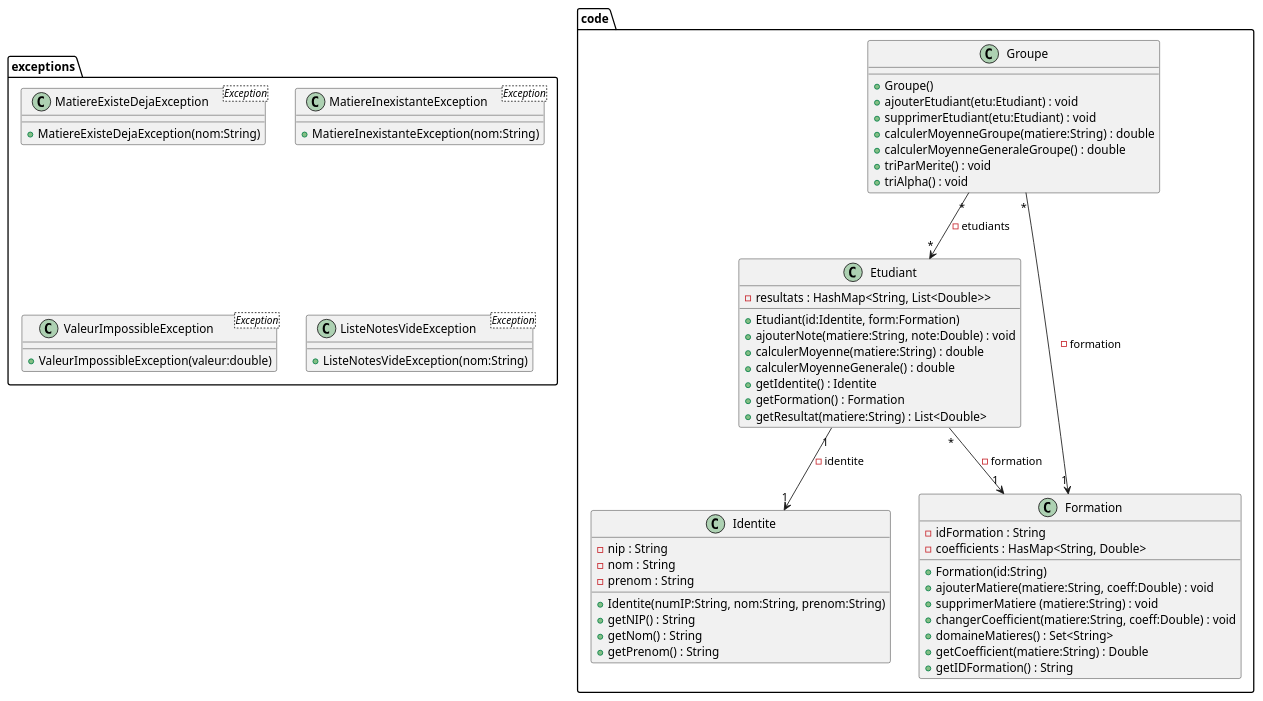
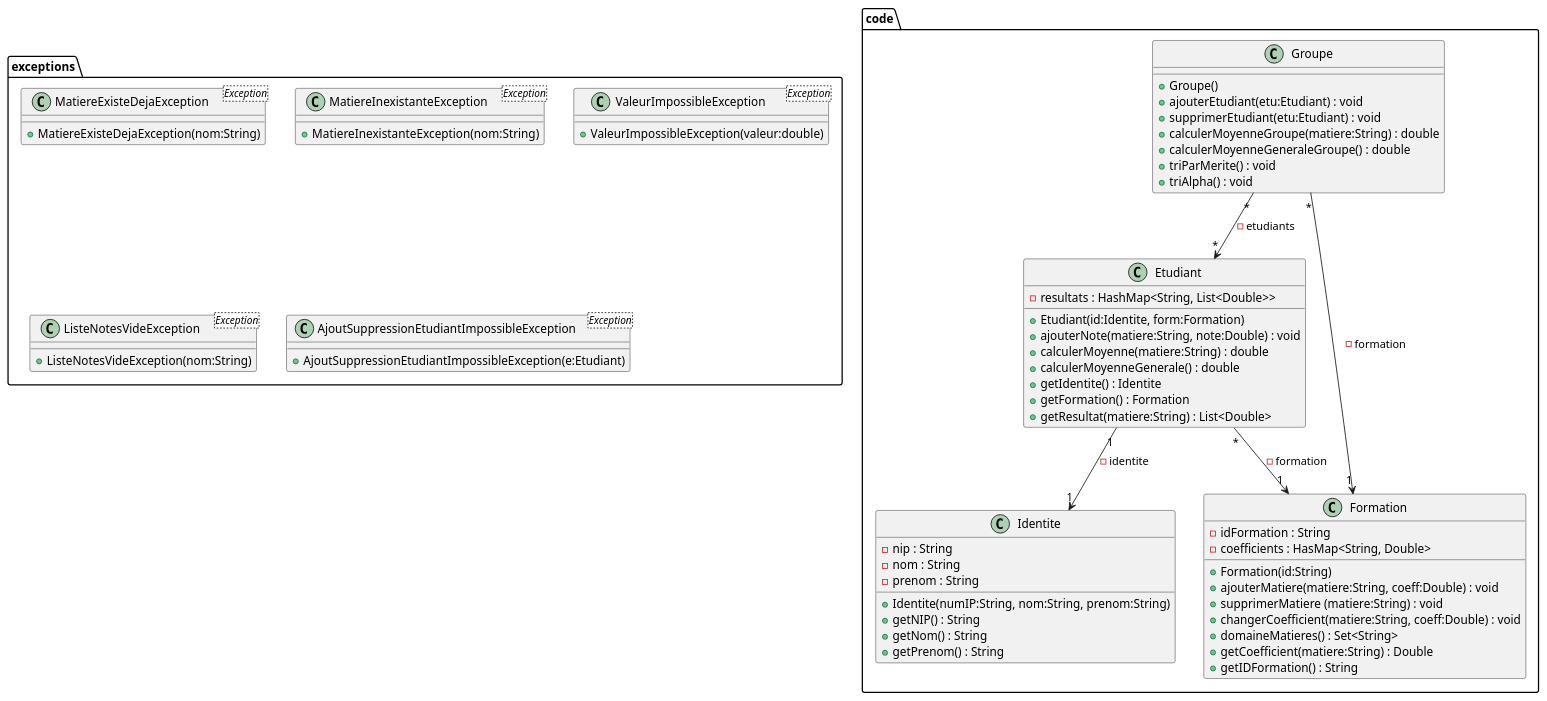
Before and after one commit to Nimarcs/Exercice3-TravailDeConception-CPOA-WEISS-RICHIER: the diagram in DiagUML.puml, drawn with PlantUML.

Commit message:
modification puml pour ajout de la derniere exception ajoutee

```diff
--- a/DiagUML.puml
+++ b/DiagUML.puml
@@ -1,67 +1,70 @@
 @startuml
 
 package exceptions {
     class MatiereExisteDejaException <Exception> {
         + MatiereExisteDejaException(nom:String)
     }
     class MatiereInexistanteException <Exception> {
         + MatiereInexistanteException(nom:String)
     }
     class ValeurImpossibleException <Exception> {
         + ValeurImpossibleException(valeur:double)
     }
     class ListeNotesVideException <Exception> {
         + ListeNotesVideException(nom:String)
     }
+    class AjoutSuppressionEtudiantImpossibleException <Exception> {
+        + AjoutSuppressionEtudiantImpossibleException(e:Etudiant)
+    }
 
 }
 
 package code {
 
-class Groupe {
-    + Groupe()
-    + ajouterEtudiant(etu:Etudiant) : void
-    + supprimerEtudiant(etu:Etudiant) : void
-    + calculerMoyenneGroupe(matiere:String) : double
-    + calculerMoyenneGeneraleGroupe() : double
-    + triParMerite() : void
-    + triAlpha() : void
-}
-class Etudiant {
-    - resultats : HashMap<String, List<Double>>
-    + Etudiant(id:Identite, form:Formation)
-    + ajouterNote(matiere:String, note:Double) : void
-    + calculerMoyenne(matiere:String) : double
-    + calculerMoyenneGenerale() : double
-    + getIdentite() : Identite
-    + getFormation() : Formation
-    + getResultat(matiere:String) : List<Double>
-}
-class Identite {
-    - nip : String
-    - nom : String
-    - prenom : String
-    + Identite(numIP:String, nom:String, prenom:String)
-    + getNIP() : String
-    + getNom() : String
-    + getPrenom() : String
-}
-class Formation {
-    - idFormation : String
-    - coefficients : HasMap<String, Double>
-    + Formation(id:String)
-    + ajouterMatiere(matiere:String, coeff:Double) : void
-    + supprimerMatiere (matiere:String) : void
-    + changerCoefficient(matiere:String, coeff:Double) : void
-    + domaineMatieres() : Set<String>
-    + getCoefficient(matiere:String) : Double
-    + getIDFormation() : String
-}
-Groupe "*" --> "*" Etudiant : - etudiants
-Groupe "*" --> "1" Formation : - formation
-Etudiant "*" --> "1" Formation : - formation
-Etudiant "1" --> "1" Identite : - identite
+    class Groupe {
+        + Groupe()
+        + ajouterEtudiant(etu:Etudiant) : void
+        + supprimerEtudiant(etu:Etudiant) : void
+        + calculerMoyenneGroupe(matiere:String) : double
+        + calculerMoyenneGeneraleGroupe() : double
+        + triParMerite() : void
+        + triAlpha() : void
+    }
+    class Etudiant {
+        - resultats : HashMap<String, List<Double>>
+        + Etudiant(id:Identite, form:Formation)
+        + ajouterNote(matiere:String, note:Double) : void
+        + calculerMoyenne(matiere:String) : double
+        + calculerMoyenneGenerale() : double
+        + getIdentite() : Identite
+        + getFormation() : Formation
+        + getResultat(matiere:String) : List<Double>
+    }
+    class Identite {
+        - nip : String
+        - nom : String
+        - prenom : String
+        + Identite(numIP:String, nom:String, prenom:String)
+        + getNIP() : String
+        + getNom() : String
+        + getPrenom() : String
+    }
+    class Formation {
+        - idFormation : String
+        - coefficients : HasMap<String, Double>
+        + Formation(id:String)
+        + ajouterMatiere(matiere:String, coeff:Double) : void
+        + supprimerMatiere (matiere:String) : void
+        + changerCoefficient(matiere:String, coeff:Double) : void
+        + domaineMatieres() : Set<String>
+        + getCoefficient(matiere:String) : Double
+        + getIDFormation() : String
+    }
+    Groupe "*" --> "*" Etudiant : - etudiants
+    Groupe "*" --> "1" Formation : - formation
+    Etudiant "*" --> "1" Formation : - formation
+    Etudiant "1" --> "1" Identite : - identite
 
 }
 
 @enduml
```
